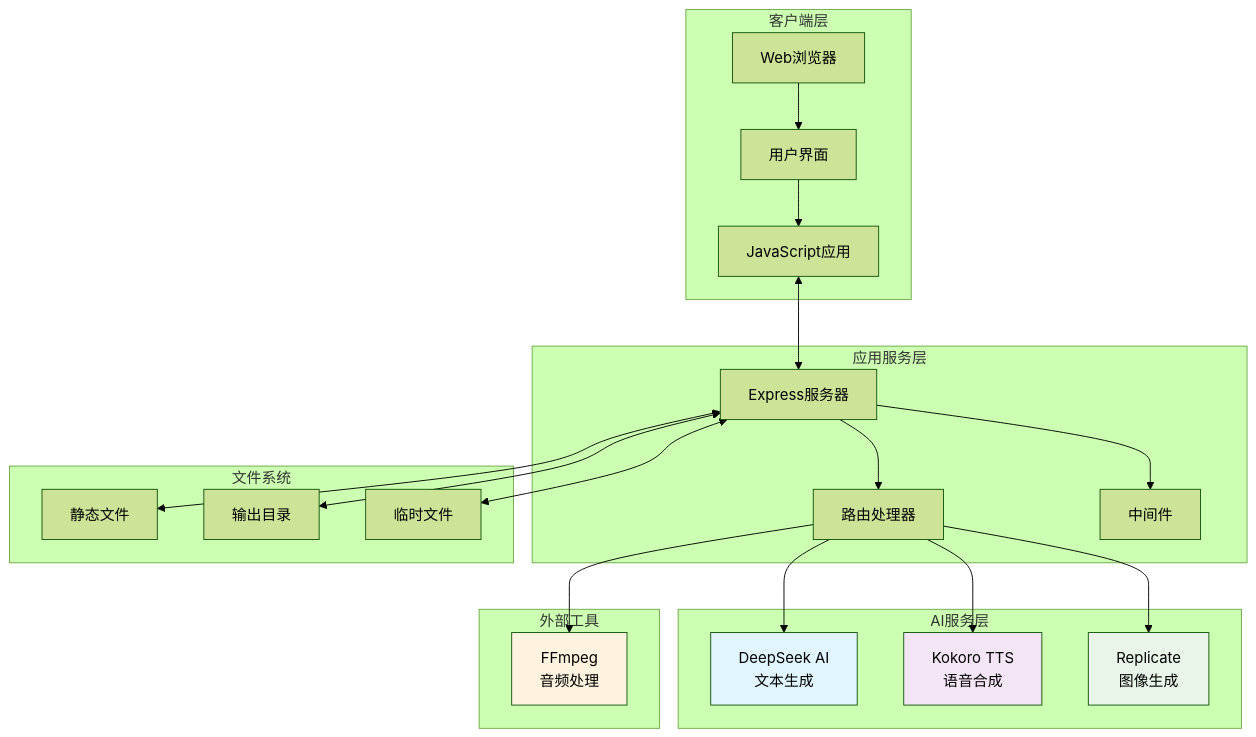
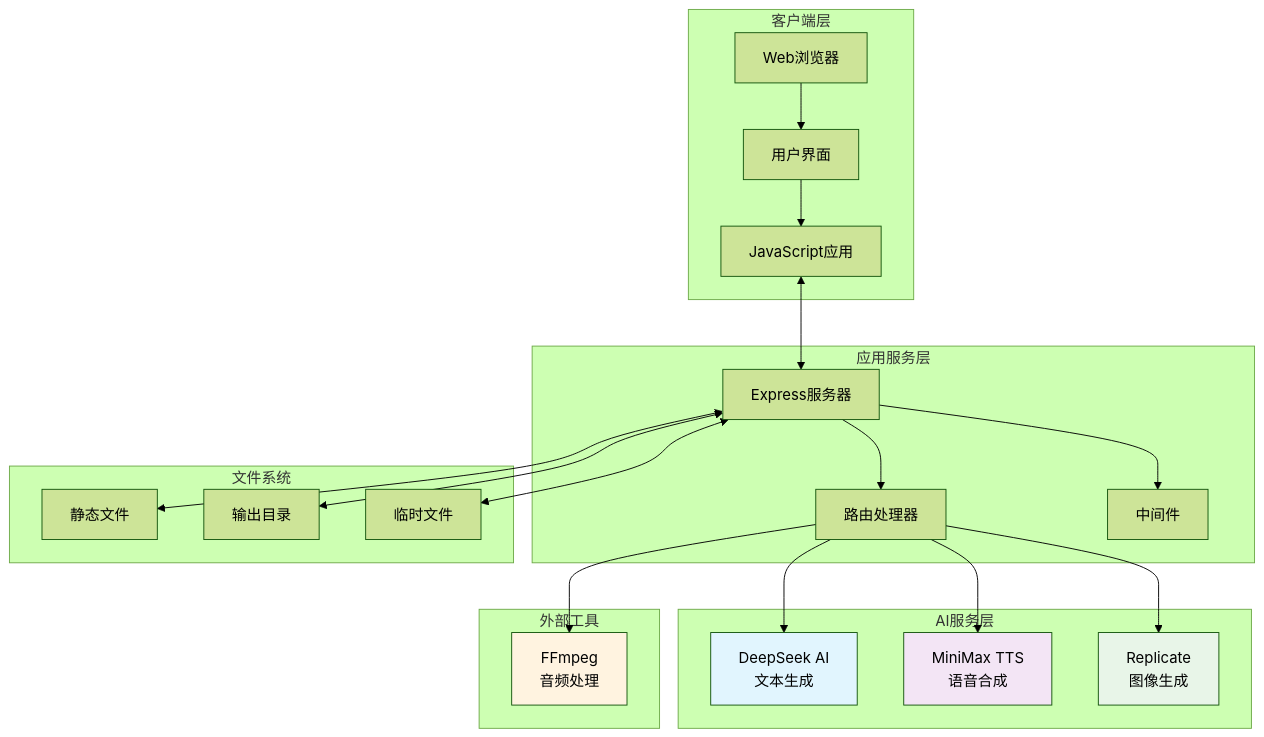
Before and after one commit to nicekate/AI-ContentCraft: the first of 3 diagrams in TECHNICAL_DOCUMENTATION.md, drawn with Mermaid (forest theme). The commit also changed other lines of this file and 5 other files, not shown here.

First line of the commit message:
feat: Replace Kokoro TTS with MiniMax Speech-02-Turbo

````diff
--- a/TECHNICAL_DOCUMENTATION.md
+++ b/TECHNICAL_DOCUMENTATION.md
@@ -55,48 +55,48 @@
 ```mermaid
 graph TB
     subgraph "客户端层"
         A[Web浏览器]
         B[用户界面]
         C[JavaScript应用]
     end
     
     subgraph "应用服务层"
         D[Express服务器]
         E[路由处理器]
         F[中间件]
     end
     
     subgraph "AI服务层"
         G[DeepSeek AI<br/>文本生成]
-        H[Kokoro TTS<br/>语音合成]
+        H[MiniMax TTS<br/>语音合成]
         I[Replicate<br/>图像生成]
     end
     
     subgraph "文件系统"
         J[静态文件]
         K[输出目录]
         L[临时文件]
     end
     
     subgraph "外部工具"
         M[FFmpeg<br/>音频处理]
     end
     
     A --> B
     B --> C
     C <--> D
     D --> E
     D --> F
     E --> G
     E --> H
     E --> I
     D <--> J
     D <--> K
     D <--> L
     E --> M
     
     style G fill:#e1f5fe
     style H fill:#f3e5f5
     style I fill:#e8f5e8
     style M fill:#fff3e0
 ```
````
